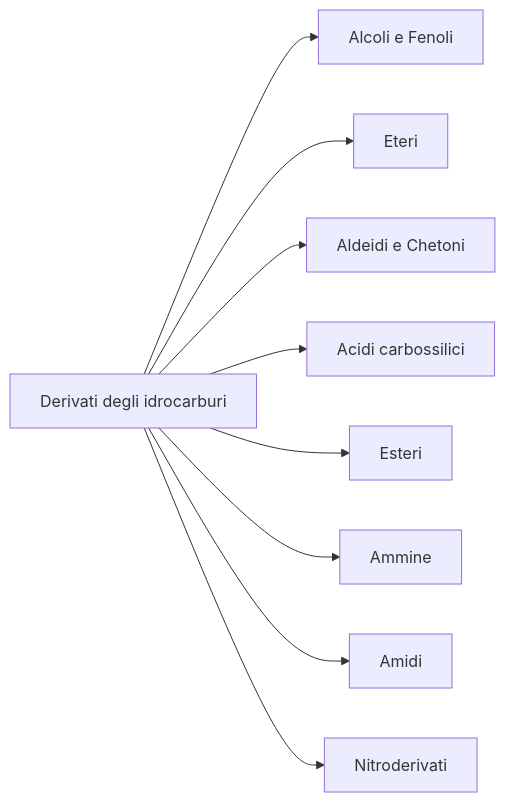
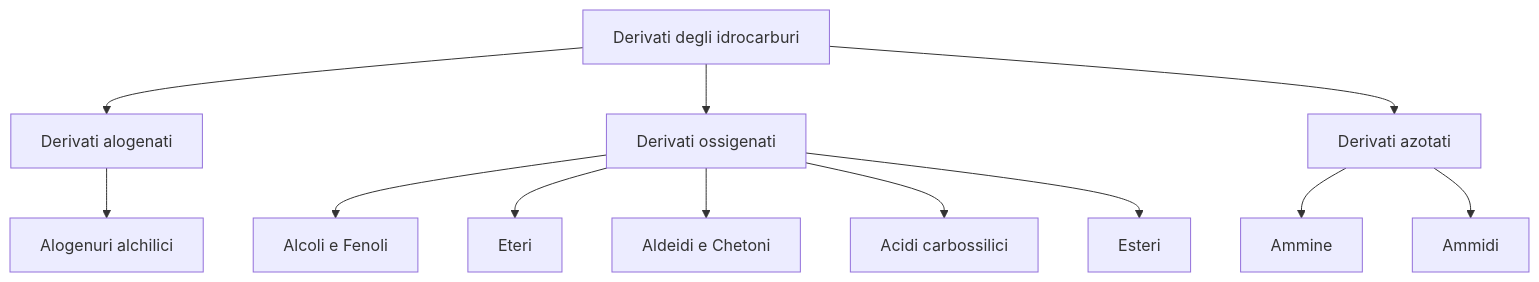
One commit to nadiadba/nadia-secondbrain changed the diagram in docs/scienze/chimica-organica/derivati-idrocarburi.md. Above: the diagram before and after it, drawn with Mermaid. The commit also changed other lines of this file, not shown here.

````diff
--- a/docs/scienze/chimica-organica/derivati-idrocarburi.md
+++ b/docs/scienze/chimica-organica/derivati-idrocarburi.md
@@ -93,11 +11,14 @@
 ```mermaid
-flowchart LR
-    A[Derivati degli idrocarburi] --> B[Alcoli e Fenoli]
-    A --> C[Eteri]
-    A --> D[Aldeidi e Chetoni]
-    A --> E[Acidi carbossilici]
-    A --> F[Esteri]
-    A --> G[Ammine]
-    A --> H[Amidi]
-    A --> I[Nitroderivati]
+flowchart TD
+    A["Derivati degli idrocarburi"] --> B["Derivati alogenati"]
+    A --> C["Derivati ossigenati"]
+    A --> D["Derivati azotati"]
+    B --> B1["Alogenuri alchilici"]
+    C --> C1["Alcoli e Fenoli"]
+    C --> C2["Eteri"]
+    C --> C3["Aldeidi e Chetoni"]
+    C --> C4["Acidi carbossilici"]
+    C --> C5["Esteri"]
+    D --> D1["Ammine"]
+    D --> D2["Ammidi"]
 ```
````
